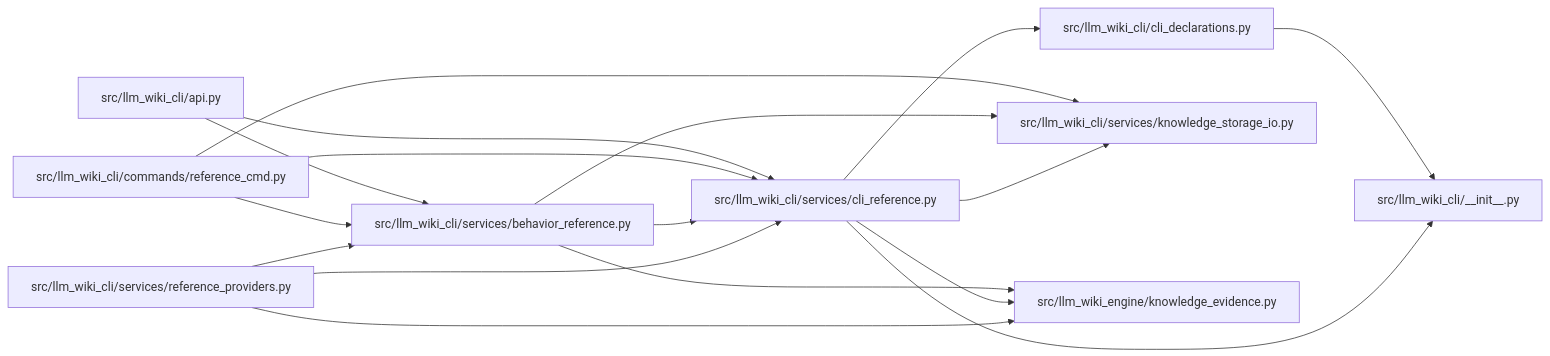
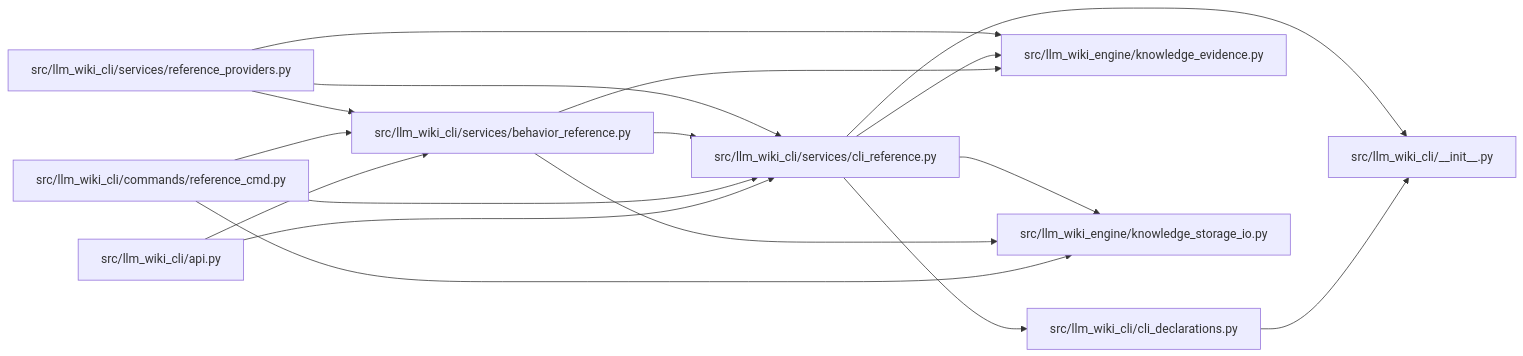
The diagram in docs/llm_wiki/modules/cli_reference.md (Denissvgn/python-wiki-llm), drawn with Mermaid before and after one commit. The commit also changed other lines of this file and 1058 other files, not shown here.

First line of the commit message:
docs: refresh the wiki for the knowledge store move

````diff
--- a/docs/llm_wiki/modules/cli_reference.md
+++ b/docs/llm_wiki/modules/cli_reference.md
@@ -32,37 +32,37 @@
 ```mermaid
 flowchart LR
     n0["src/llm_wiki_cli/__init__.py"]
     n1["src/llm_wiki_cli/api.py"]
     n2["src/llm_wiki_cli/cli_declarations.py"]
     n3["src/llm_wiki_cli/commands/reference_cmd.py"]
     n4["src/llm_wiki_cli/services/behavior_reference.py"]
     n5["src/llm_wiki_cli/services/cli_reference.py"]
-    n6["src/llm_wiki_cli/services/knowledge_storage_io.py"]
-    n7["src/llm_wiki_cli/services/reference_providers.py"]
-    n8["src/llm_wiki_engine/knowledge_evidence.py"]
+    n6["src/llm_wiki_cli/services/reference_providers.py"]
+    n7["src/llm_wiki_engine/knowledge_evidence.py"]
+    n8["src/llm_wiki_engine/knowledge_storage_io.py"]
     n1 --> n4
     n1 --> n5
     n2 --> n0
     n3 --> n4
     n3 --> n5
-    n3 --> n6
+    n3 --> n8
     n4 --> n5
-    n4 --> n6
+    n4 --> n7
     n4 --> n8
     n5 --> n0
     n5 --> n2
-    n5 --> n6
+    n5 --> n7
     n5 --> n8
-    n7 --> n4
-    n7 --> n5
-    n7 --> n8
+    n6 --> n4
+    n6 --> n5
+    n6 --> n7
     click n0 "../modules/llm_wiki_cli___init__.md"
     click n1 "../modules/api.md"
     click n2 "../modules/cli_declarations.md"
     click n3 "../modules/reference_cmd.md"
     click n4 "../modules/behavior_reference.md"
     click n5 "../modules/cli_reference.md"
-    click n6 "../modules/knowledge_storage_io.md"
-    click n7 "../modules/reference_providers.md"
-    click n8 "../modules/knowledge_evidence.md"
+    click n6 "../modules/reference_providers.md"
+    click n7 "../modules/knowledge_evidence.md"
+    click n8 "../modules/knowledge_storage_io.md"
 ```
````
